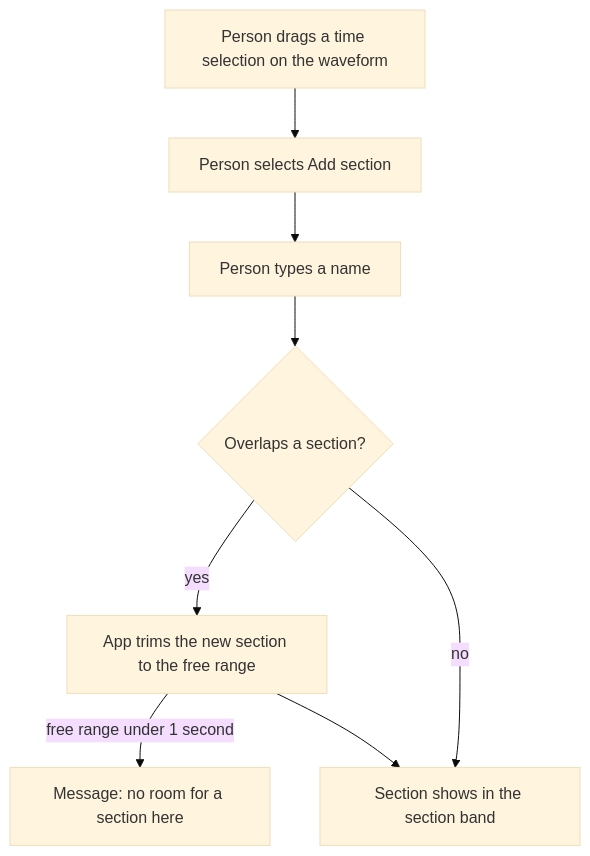
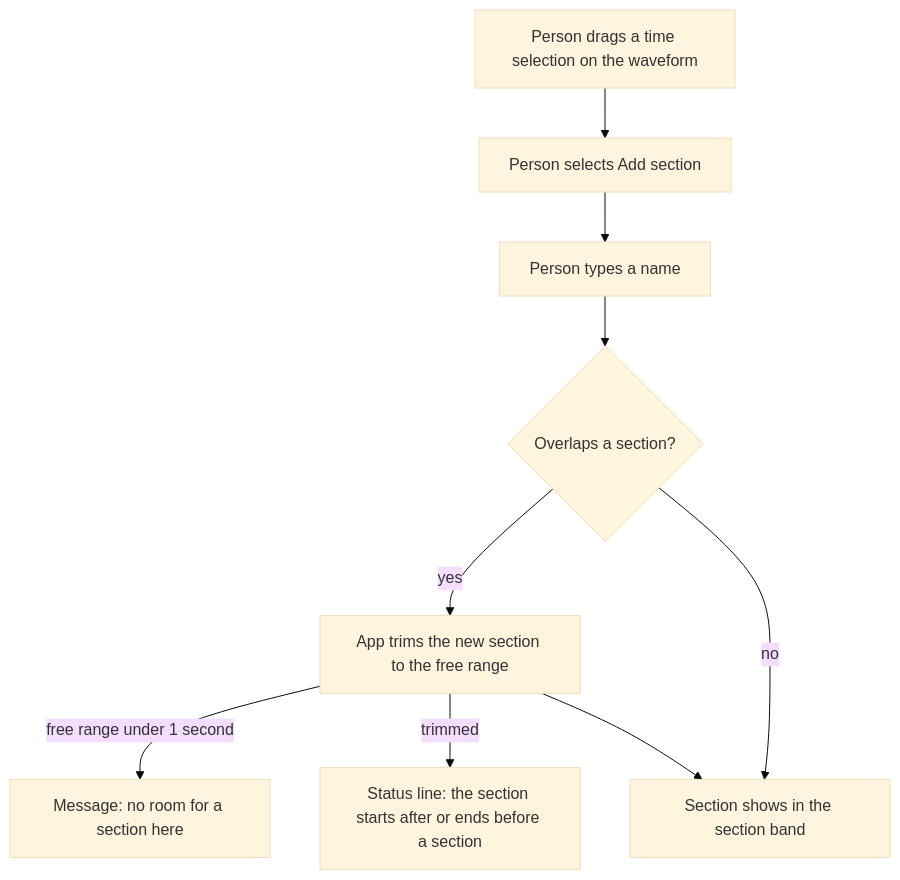
Before and after one commit to sniper7kills/xlights-singing-face-timing: the second of 2 diagrams in docs/specs/features/05-voices-sections.md, drawn with Mermaid (base theme). The commit also changed other lines of this file and 34 other files, not shown here.

````diff
--- a/docs/specs/features/05-voices-sections.md
+++ b/docs/specs/features/05-voices-sections.md
@@ -120,10 +127,11 @@
 ```mermaid
 flowchart TD
   A[Person drags a time selection on the waveform] --> B[Person selects Add section]
   B --> C[Person types a name]
   C --> D{Overlaps a section?}
   D -- yes --> E[App trims the new section to the free range]
   E -- free range under 1 second --> F[Message: no room for a section here]
+  E -- trimmed --> H[Status line: the section starts after or ends before a section]
   D -- no --> G[Section shows in the section band]
   E --> G
 ```
````
